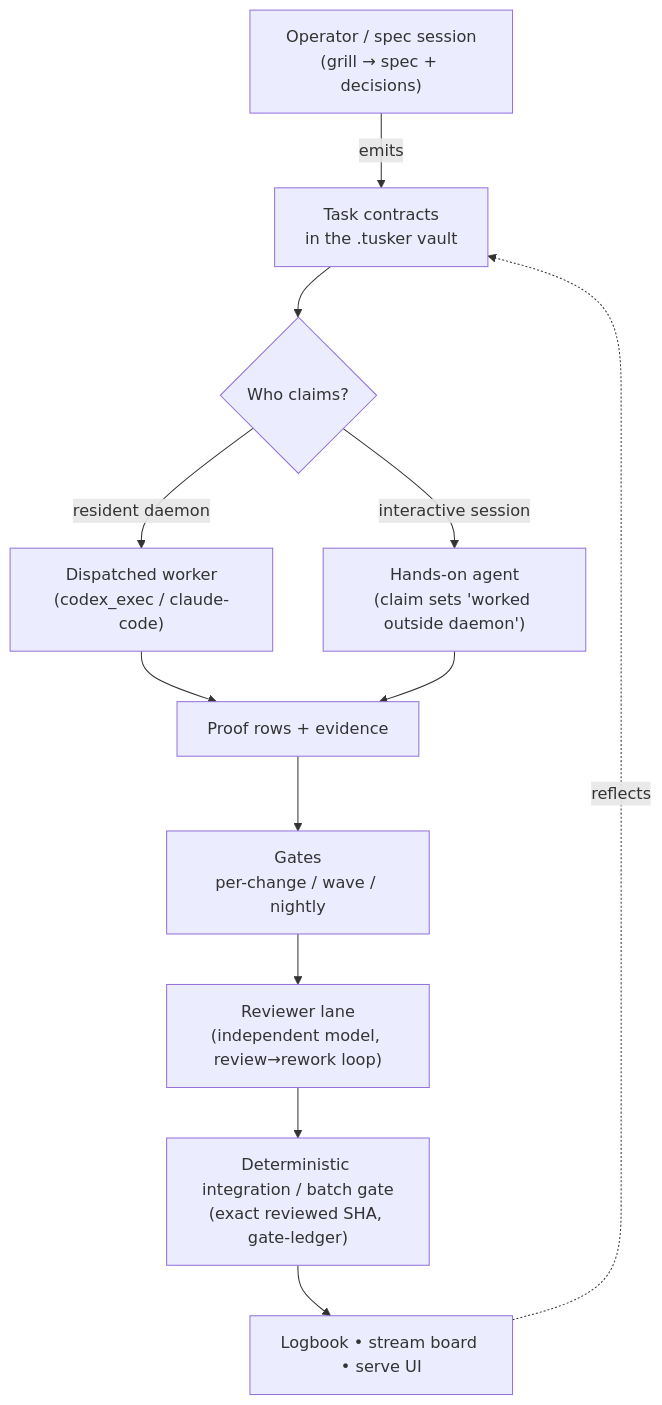
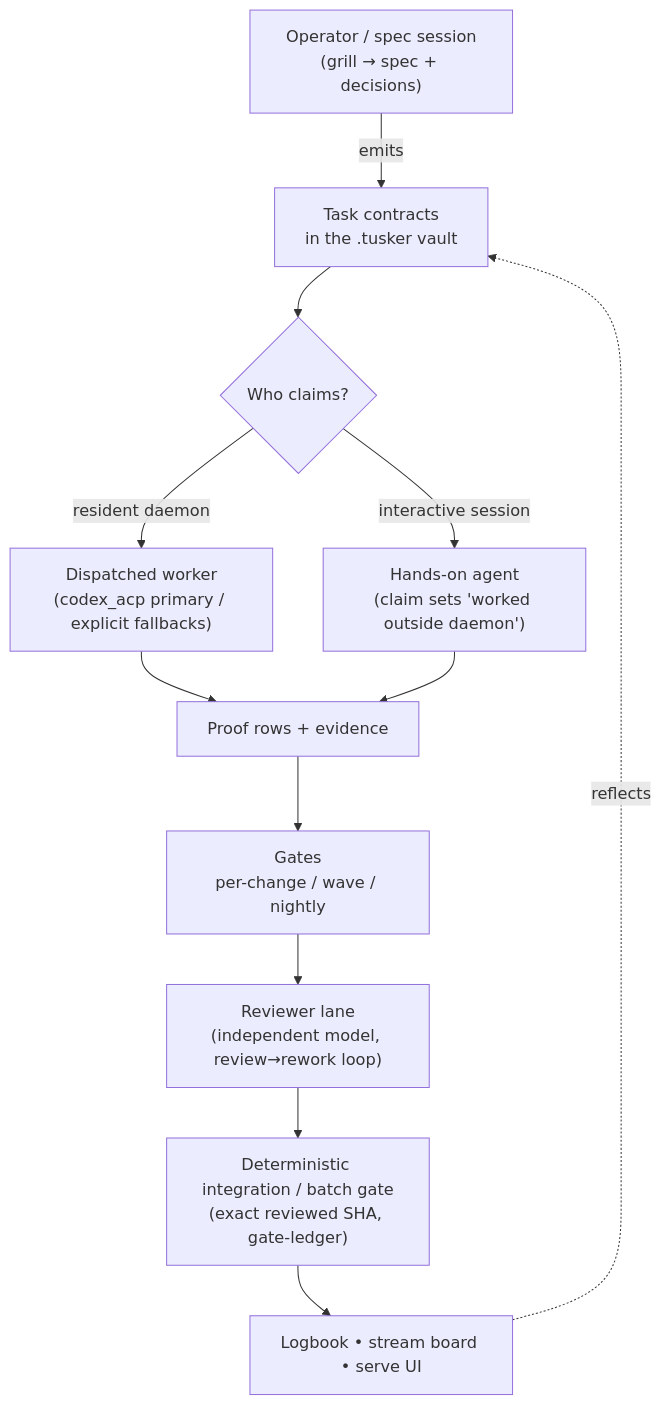
One commit to srv1n/tusker changed the first of 2 diagrams in docs/system/00-overview.md. Above: the diagram before and after it, drawn with Mermaid. The commit also changed other lines of this file and 11 other files, not shown here.

````diff
--- a/docs/system/00-overview.md
+++ b/docs/system/00-overview.md
@@ -40,14 +40,14 @@
 ```mermaid
 flowchart TD
     spec["Operator / spec session\n(grill → spec + decisions)"] -->|emits| vault["Task contracts\nin the .tusker vault"]
     vault --> claim{"Who claims?"}
-    claim -->|resident daemon| worker["Dispatched worker\n(codex_exec / claude-code)"]
+    claim -->|resident daemon| worker["Dispatched worker\n(codex_acp primary / explicit fallbacks)"]
     claim -->|interactive session| worker2["Hands-on agent\n(claim sets 'worked outside daemon')"]
     worker --> proof["Proof rows + evidence"]
     worker2 --> proof
     proof --> gates["Gates\nper-change / wave / nightly"]
     gates --> review["Reviewer lane\n(independent model, review→rework loop)"]
     review --> land["Deterministic integration / batch gate\n(exact reviewed SHA, gate-ledger)"]
     land --> views["Logbook • stream board • serve UI"]
     views -.reflects.-> vault
 ```
````
